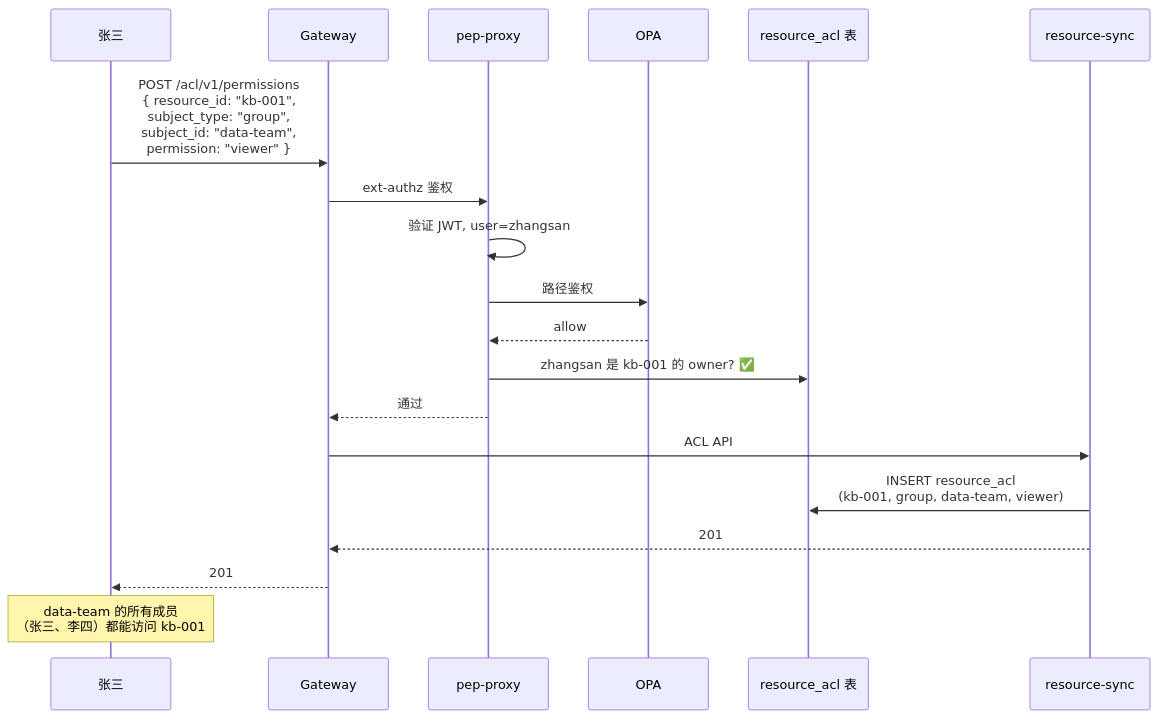
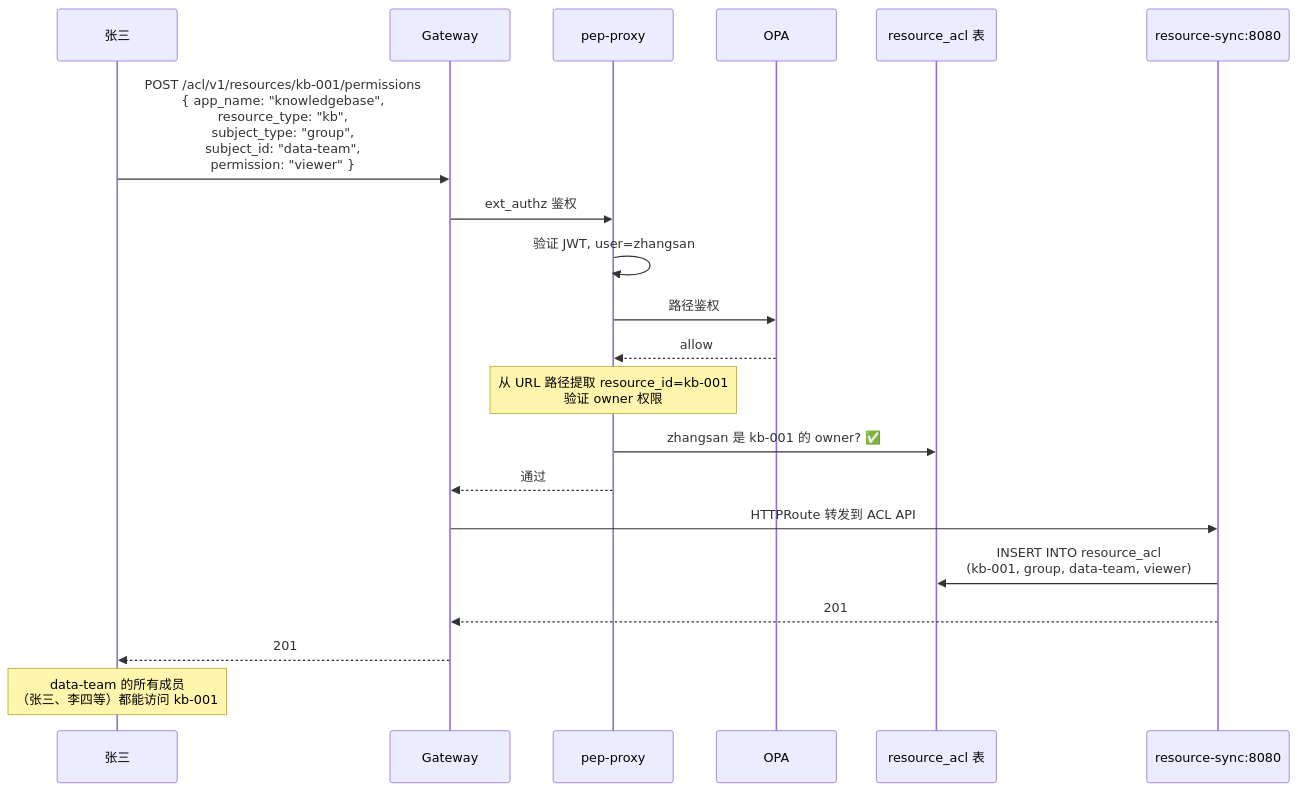
Diagram 13 of 15 in diagrams/request-flow.md (xiewanchao/aidp-iam), drawn with Mermaid before and after one commit. The commit also changed other lines of this file and 5 other files, not shown here.

````diff
--- a/diagrams/request-flow.md
+++ b/diagrams/request-flow.md
@@ -424,23 +480,24 @@
 ```mermaid
 sequenceDiagram
     participant U as 张三
     participant GW as Gateway
     participant PEP as pep-proxy
     participant OPA as OPA
     participant DB as resource_acl 表
-    participant RS as resource-sync
+    participant RS as resource-sync:8080
 
-    U->>GW: POST /acl/v1/permissions<br/>{ resource_id: "kb-001",<br/>  subject_type: "group",<br/>  subject_id: "data-team",<br/>  permission: "viewer" }
-    GW->>PEP: ext-authz 鉴权
+    U->>GW: POST /acl/v1/resources/kb-001/permissions<br/>{ app_name: "knowledgebase",<br/>  resource_type: "kb",<br/>  subject_type: "group",<br/>  subject_id: "data-team",<br/>  permission: "viewer" }
+    GW->>PEP: ext_authz 鉴权
     PEP->>PEP: 验证 JWT, user=zhangsan
     PEP->>OPA: 路径鉴权
     OPA-->>PEP: allow
+    Note over PEP: 从 URL 路径提取 resource_id=kb-001<br/>验证 owner 权限
     PEP->>DB: zhangsan 是 kb-001 的 owner? ✅
     PEP-->>GW: 通过
-    GW->>RS: ACL API
-    RS->>DB: INSERT resource_acl<br/>(kb-001, group, data-team, viewer)
+    GW->>RS: HTTPRoute 转发到 ACL API
+    RS->>DB: INSERT INTO resource_acl<br/>(kb-001, group, data-team, viewer)
     RS-->>GW: 201
     GW-->>U: 201
 
-    Note over U: data-team 的所有成员<br/>（张三、李四）都能访问 kb-001
+    Note over U: data-team 的所有成员<br/>（张三、李四等）都能访问 kb-001
 ```
````
